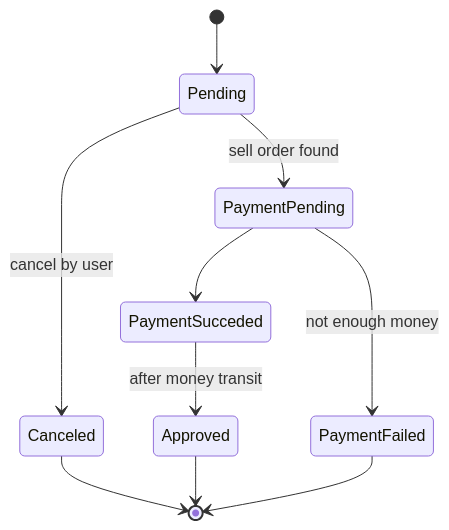
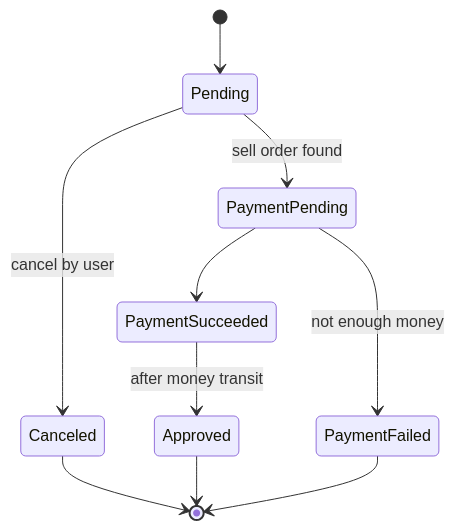
The second of 4 diagrams in docs/03_ordering_design.md (strider2038/otus-marketplace), drawn with Mermaid before and after one commit. The commit also changed other lines of this file and 2 other files, not shown here.

````diff
--- a/docs/03_ordering_design.md
+++ b/docs/03_ordering_design.md
@@ -28,12 +28,12 @@
 ```mermaid
 stateDiagram-v2
     [*] --> Pending
     Pending --> Canceled: cancel by user
     Pending --> PaymentPending: sell order found
-    PaymentPending --> PaymentSucceded
+    PaymentPending --> PaymentSucceeded
     PaymentPending --> PaymentFailed: not enough money
-    PaymentSucceded --> Approved: after money transit
+    PaymentSucceeded --> Approved: after money transit
     Approved --> [*]
     Canceled --> [*]
     PaymentFailed --> [*]
 ```
````
